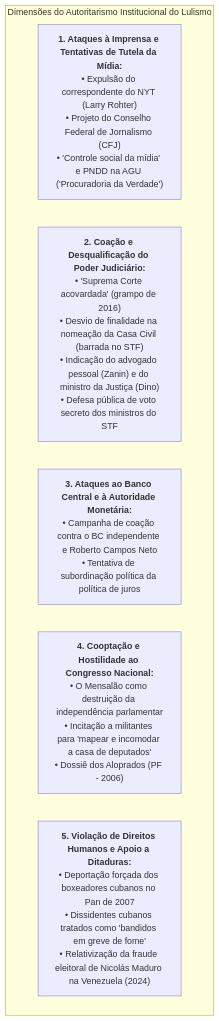
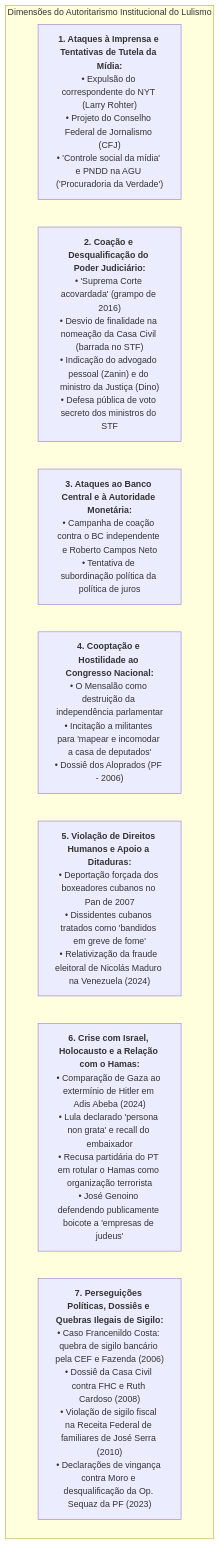
One commit to fregrod/brasil-project changed the diagram in ideologia_e_discursos/04_lula_e_aliados_casos_autoritarios_instituicoes_imprensa.md. Above: the diagram before and after it, drawn with Mermaid. The commit also changed other lines of this file and 1 other file, not shown here.

Commit message:
feat(ideologia): adiciona controversias sobre Hamas/Israel e historico de perseguicoes/dossies

````diff
--- a/ideologia_e_discursos/04_lula_e_aliados_casos_autoritarios_instituicoes_imprensa.md
+++ b/ideologia_e_discursos/04_lula_e_aliados_casos_autoritarios_instituicoes_imprensa.md
@@ -12,14 +12,18 @@
 ```mermaid
 flowchart TD
     subgraph Eixos ["Dimensões do Autoritarismo Institucional do Lulismo"]
         E1["<b>1. Ataques à Imprensa e Tentativas de Tutela da Mídia:</b><br>• Expulsão do correspondente do NYT (Larry Rohter)<br>• Projeto do Conselho Federal de Jornalismo (CFJ)<br>• 'Controle social da mídia' e PNDD na AGU ('Procuradoria da Verdade')"]
         
         E2["<b>2. Coação e Desqualificação do Poder Judiciário:</b><br>• 'Suprema Corte acovardada' (grampo de 2016)<br>• Desvio de finalidade na nomeação da Casa Civil (barrada no STF)<br>• Indicação do advogado pessoal (Zanin) e do ministro da Justiça (Dino)<br>• Defesa pública de voto secreto dos ministros do STF"]
         
         E3["<b>3. Ataques ao Banco Central e à Autoridade Monetária:</b><br>• Campanha de coação contra o BC independente e Roberto Campos Neto<br>• Tentativa de subordinação política da política de juros"]
         
         E4["<b>4. Cooptação e Hostilidade ao Congresso Nacional:</b><br>• O Mensalão como destruição da independência parlamentar<br>• Incitação a militantes para 'mapear e incomodar a casa de deputados'<br>• Dossiê dos Aloprados (PF - 2006)"]
         
         E5["<b>5. Violação de Direitos Humanos e Apoio a Ditaduras:</b><br>• Deportação forçada dos boxeadores cubanos no Pan de 2007<br>• Dissidentes cubanos tratados como 'bandidos em greve de fome'<br>• Relativização da fraude eleitoral de Nicolás Maduro na Venezuela (2024)"]
+        
+        E6["<b>6. Crise com Israel, Holocausto e a Relação com o Hamas:</b><br>• Comparação de Gaza ao extermínio de Hitler em Adis Abeba (2024)<br>• Lula declarado 'persona non grata' e recall do embaixador<br>• Recusa partidária do PT em rotular o Hamas como organização terrorista<br>• José Genoino defendendo publicamente boicote a 'empresas de judeus'"]
+        
+        E7["<b>7. Perseguições Políticas, Dossiês e Quebras Ilegais de Sigilo:</b><br>• Caso Francenildo Costa: quebra de sigilo bancário pela CEF e Fazenda (2006)<br>• Dossiê da Casa Civil contra FHC e Ruth Cardoso (2008)<br>• Violação de sigilo fiscal na Receita Federal de familiares de José Serra (2010)<br>• Declarações de vingança contra Moro e desqualificação da Op. Sequaz da PF (2023)"]
     end
 ```
````
